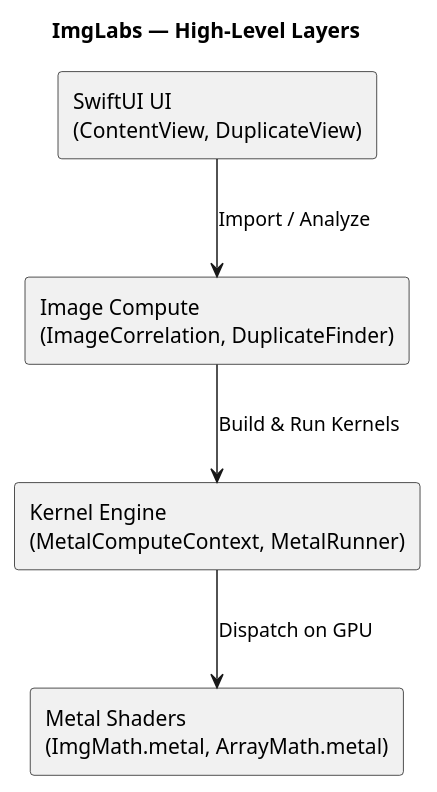
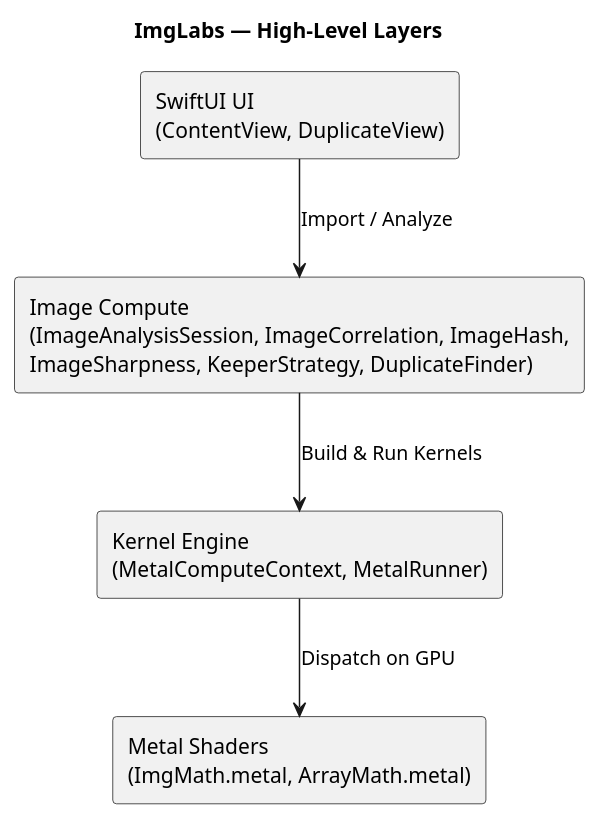
The diagram in ImgLabs/Diagrams/Architecture/layers.puml (davislenover/ImgLabs), drawn with PlantUML before and after one commit. The commit also changed 6 other files, not shown here.

Commit message:
Added updated diagrams

```diff
--- a/ImgLabs/Diagrams/Architecture/layers.puml
+++ b/ImgLabs/Diagrams/Architecture/layers.puml
@@ -1,21 +1,21 @@
 @startuml
 
 ' High-level layering of ImgLabs: each layer depends only on the one beneath it
 ' UI drives image compute, which composes GPU work through the Kernel Engine,
 ' which ultimately dispatches the raw Metal shader functions
 
 title ImgLabs — High-Level Layers
 
 skinparam componentStyle rectangle
 skinparam shadowing false
 
 component "SwiftUI UI\n(ContentView, DuplicateView)" as UI
-component "Image Compute\n(ImageCorrelation, DuplicateFinder)" as Compute
+component "Image Compute\n(ImageAnalysisSession, ImageCorrelation, ImageHash,\nImageSharpness, KeeperStrategy, DuplicateFinder)" as Compute
 component "Kernel Engine\n(MetalComputeContext, MetalRunner)" as Engine
 component "Metal Shaders\n(ImgMath.metal, ArrayMath.metal)" as Shaders
 
 UI --> Compute : Import / Analyze
 Compute --> Engine : Build & Run Kernels
 Engine --> Shaders : Dispatch on GPU
 
 @enduml
```
